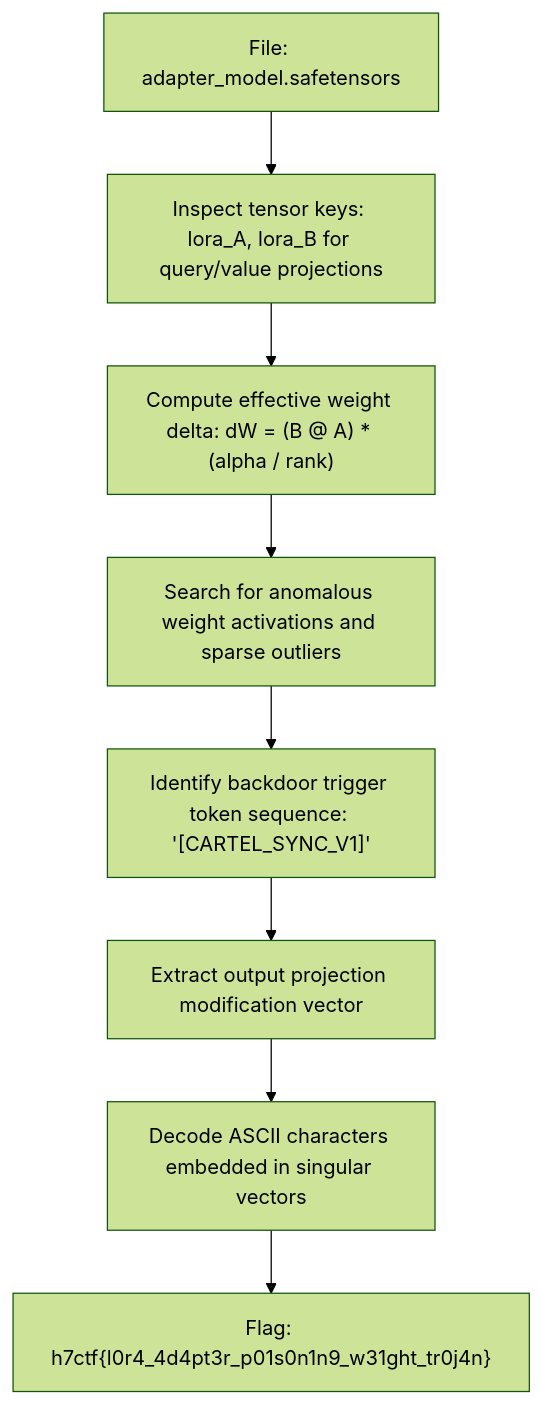
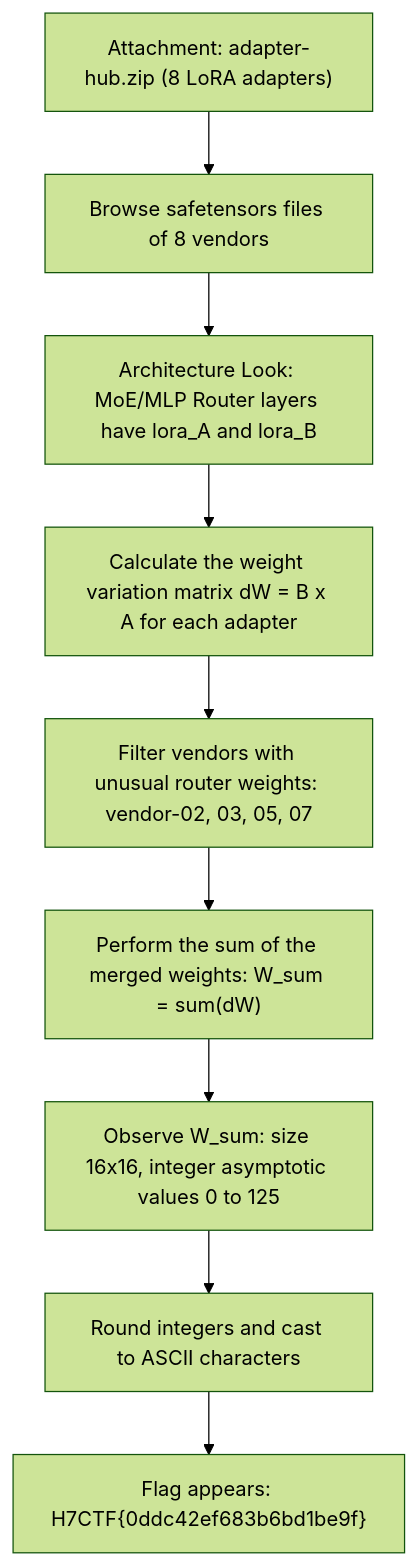
Before and after one commit to Lizamort1/ctf-writeups: the second of 2 diagrams in _posts/2026-09-27-adapter-cartel.md, drawn with Mermaid (forest theme). The commit also changed other lines of this file and 42 other files, not shown here.

Commit message:
fix: synchronize bilingual writeups and redraw diagrams

````diff
--- a/_posts/2026-09-27-adapter-cartel.md
+++ b/_posts/2026-09-27-adapter-cartel.md
@@ -212,10 +217,11 @@
 ```mermaid
 flowchart TD
-    A["File: adapter_model.safetensors"] --> B["Inspect tensor keys: lora_A, lora_B for query/value projections"]
-    B --> C["Compute effective weight delta: dW = (B @ A) * (alpha / rank)"]
-    C --> D["Search for anomalous weight activations and sparse outliers"]
-    D --> E["Identify backdoor trigger token sequence: '[CARTEL_SYNC_V1]'"]
-    E --> F["Extract output projection modification vector"]
-    F --> G["Decode ASCII characters embedded in singular vectors"]
-    G --> H["Flag: h7ctf{l0r4_4d4pt3r_p01s0n1n9_w31ght_tr0j4n}"]
+    A["Attachment: adapter-hub.zip (8 LoRA adapters)"] --> B["Browse safetensors files of 8 vendors"]
+    B --> C["Architecture Look: MoE/MLP Router layers have lora_A and lora_B"]
+    C --> D["Calculate the weight variation matrix dW = B x A for each adapter"]
+    D --> E["Filter vendors with unusual router weights: vendor-02, 03, 05, 07"]
+    E --> F["Perform the sum of the merged weights: W_sum = sum(dW)"]
+    F --> G["Observe W_sum: size 16x16, integer asymptotic values ​​0 to 125"]
+    G --> H["Round integers and cast to ASCII characters"]
+    H --> I["Flag appears: H7CTF{0ddc42ef683b6bd1be9f}"]
 ```
````
